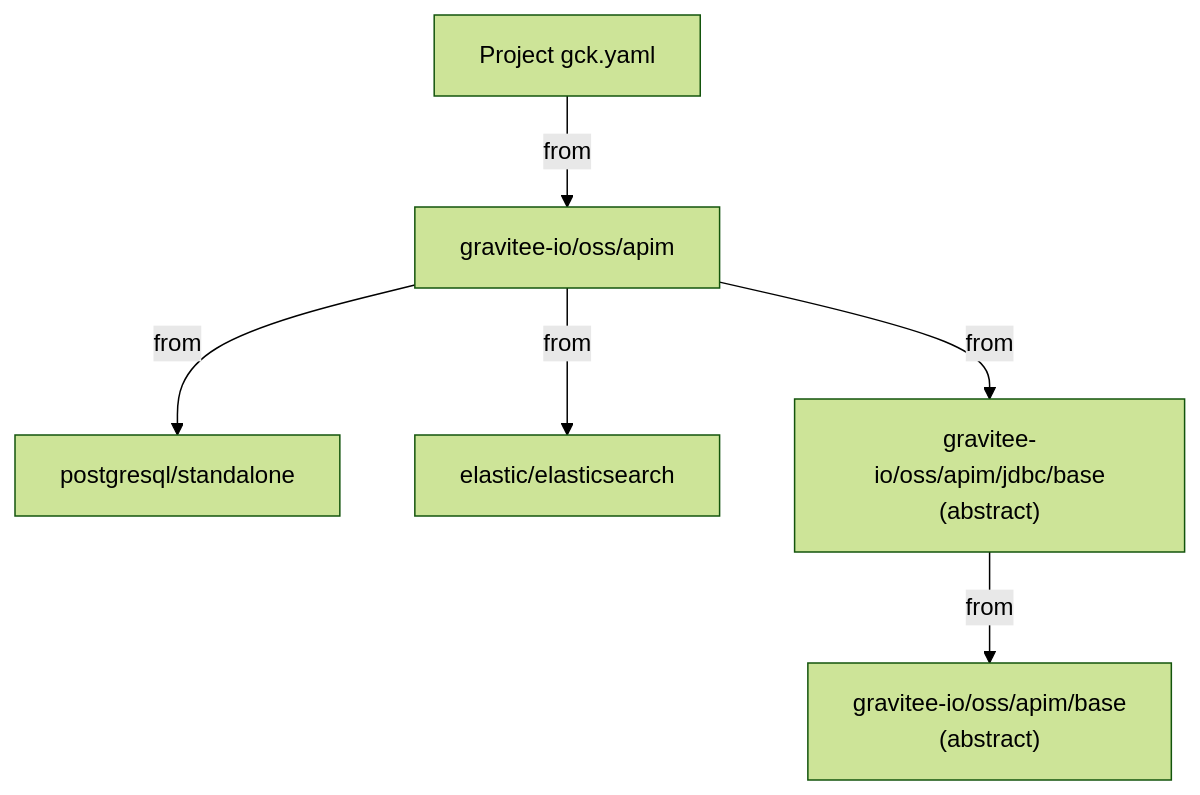
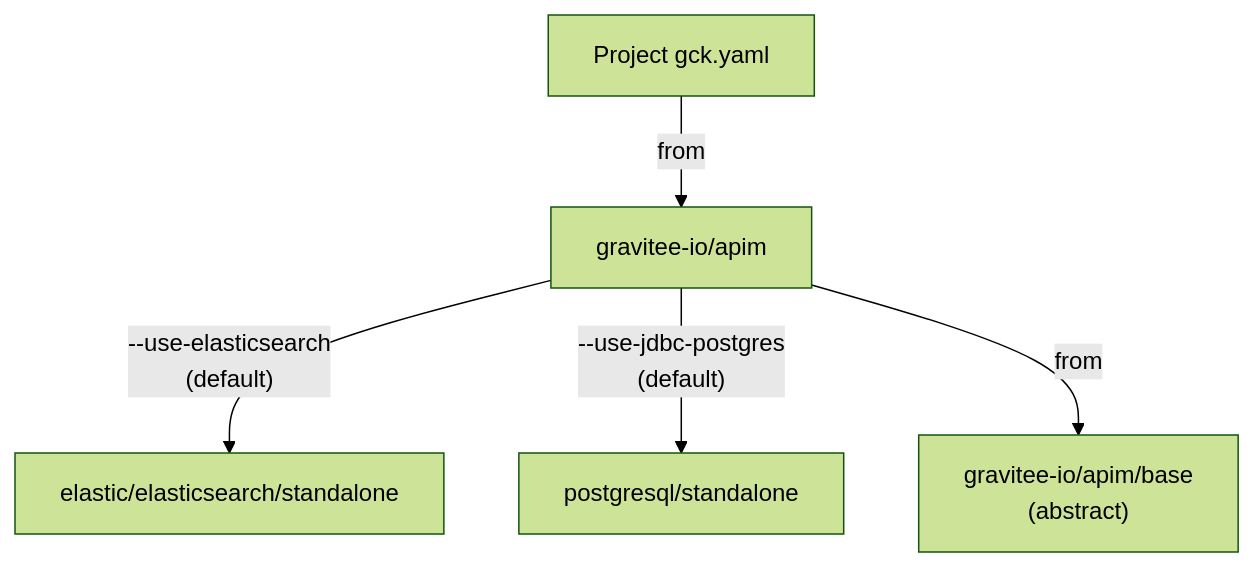
The third of 3 diagrams in site/content/docs/reference/architecture.md (gravitee-io-labs/gck), drawn with Mermaid (forest theme) before and after one commit. The commit also changed other lines of this file and 180 other files, not shown here.

````diff
--- a/site/content/docs/reference/architecture.md
+++ b/site/content/docs/reference/architecture.md
@@ -71,8 +71,7 @@
 ```mermaid
 flowchart TD
-    A["Project gck.yaml"] -- from --> B["gravitee-io/oss/apim"]
-    B -- from --> C["postgresql/standalone"]
-    B -- from --> D["elastic/elasticsearch"]
-    B -- from --> E["gravitee-io/oss/apim/jdbc/base\n(abstract)"]
-    E -- from --> F["gravitee-io/oss/apim/base\n(abstract)"]
+    A["Project gck.yaml"] -- from --> B["gravitee-io/apim"]
+    B -- "--use-elasticsearch\n(default)" --> D["elastic/elasticsearch/standalone"]
+    B -- "--use-jdbc-postgres\n(default)" --> C["postgresql/standalone"]
+    B -- from --> F["gravitee-io/apim/base\n(abstract)"]
 ```
````
